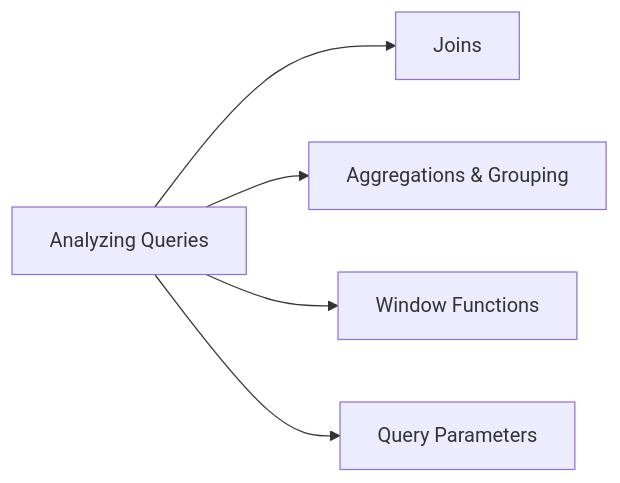
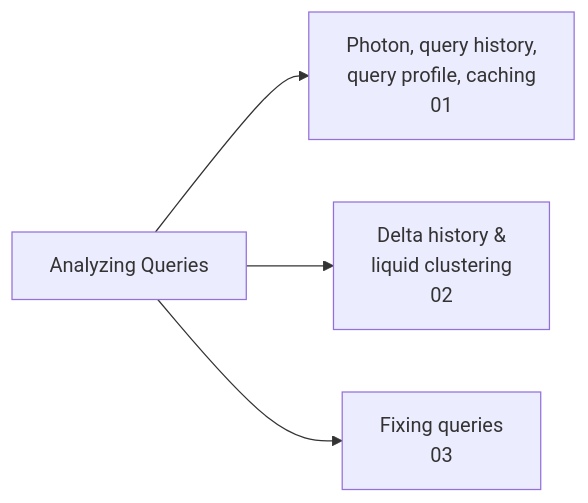
Before and after one commit to kengio/databricks-certification-study-guide: the diagram in certifications/data-analyst-associate/03-analyzing-queries/README.md, drawn with Mermaid. The commit also changed other lines of this file and 66 other files, not shown here.

````diff
--- a/certifications/data-analyst-associate/03-analyzing-queries/README.md
+++ b/certifications/data-analyst-associate/03-analyzing-queries/README.md
@@ -17,7 +21,6 @@
 ```mermaid
 flowchart LR
-    AQ[Analyzing Queries] --> J[Joins]
-    AQ --> AG[Aggregations & Grouping]
-    AQ --> W[Window Functions]
-    AQ --> P[Query Parameters]
+    AQ[Analyzing Queries] --> PH[Photon, query history,<br/>query profile, caching<br/>01]
+    AQ --> DH[Delta history &<br/>liquid clustering<br/>02]
+    AQ --> FX[Fixing queries<br/>03]
 ```
````
